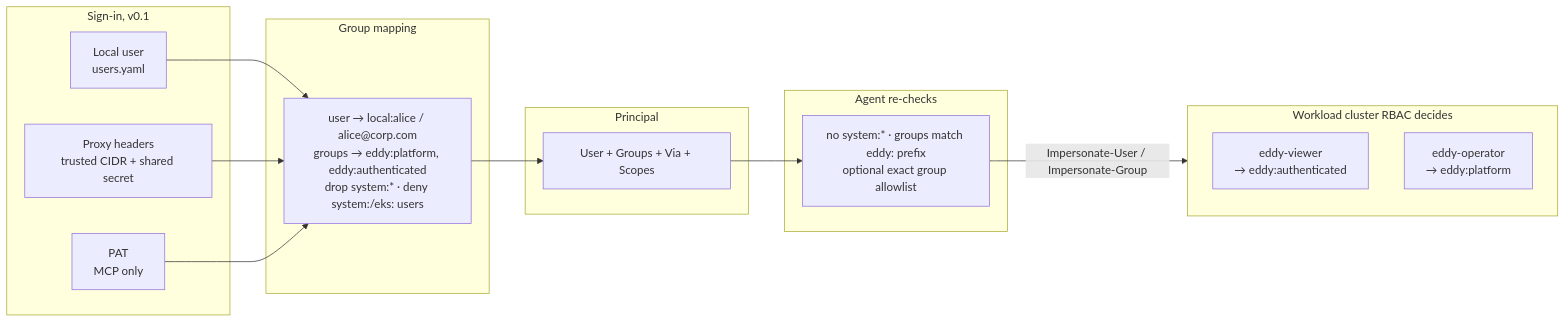
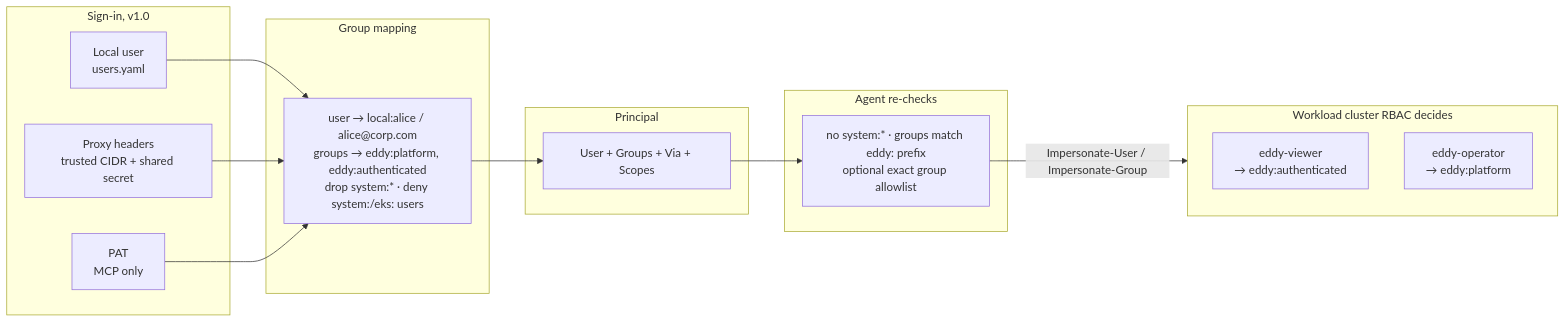
The fourth of 10 diagrams in docs/architecture.md (idestis/eddy), drawn with Mermaid before and after one commit. The commit also changed other lines of this file and 15 other files, not shown here.

````diff
--- a/docs/architecture.md
+++ b/docs/architecture.md
@@ -148,25 +148,25 @@
 ```mermaid
 flowchart LR
-  subgraph IN[Sign-in, v0.1]
+  subgraph IN[Sign-in, v1.0]
     L[Local user<br/>users.yaml]
     P[Proxy headers<br/>trusted CIDR + shared secret]
     T[PAT<br/>MCP only]
   end
   subgraph MAP[Group mapping]
     M["user → local:alice / alice@corp.com<br/>groups → eddy:platform, eddy:authenticated<br/>drop system:* · deny system:/eks: users"]
   end
   subgraph PR[Principal]
     PP["User + Groups + Via + Scopes"]
   end
   subgraph AGT[Agent re-checks]
     C["no system:* · groups match eddy: prefix<br/>optional exact group allowlist"]
   end
   subgraph RBAC[Workload cluster RBAC decides]
     V[eddy-viewer<br/>→ eddy:authenticated]
     O[eddy-operator<br/>→ eddy:platform]
   end
   L --> M
   P --> M
   T --> M
   M --> PP --> C -- Impersonate-User / Impersonate-Group --> RBAC
 ```
````
